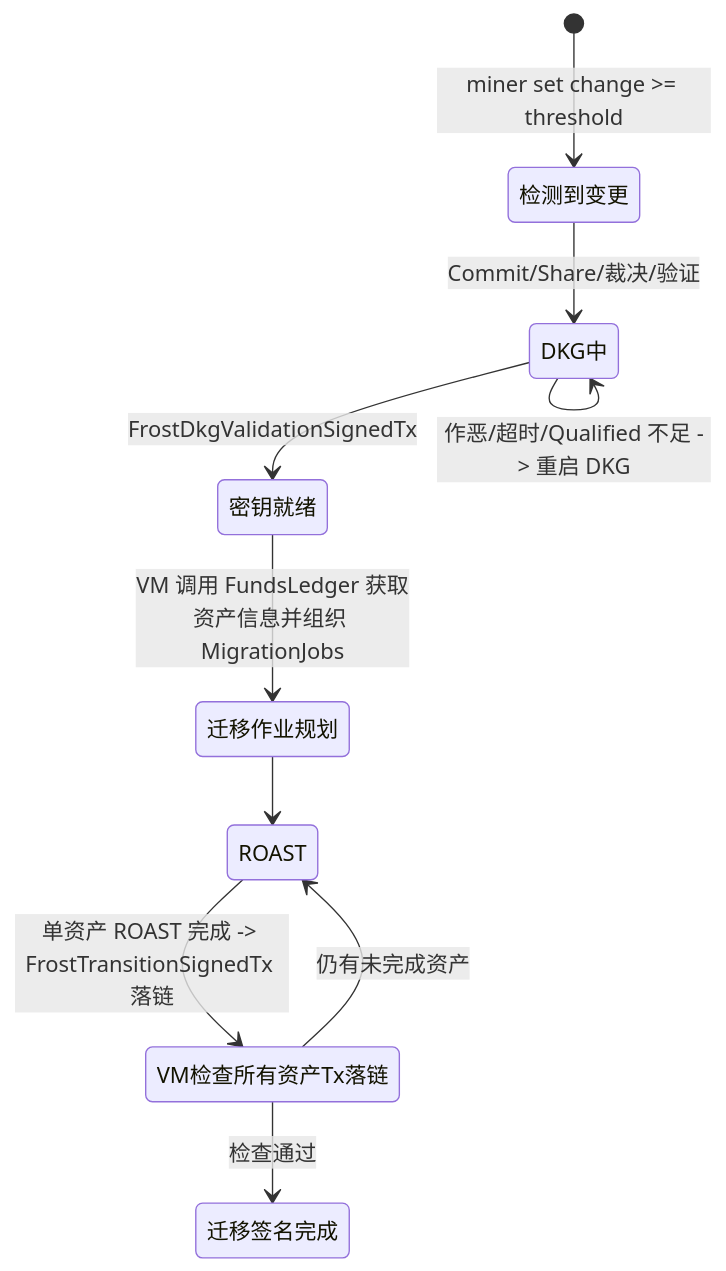
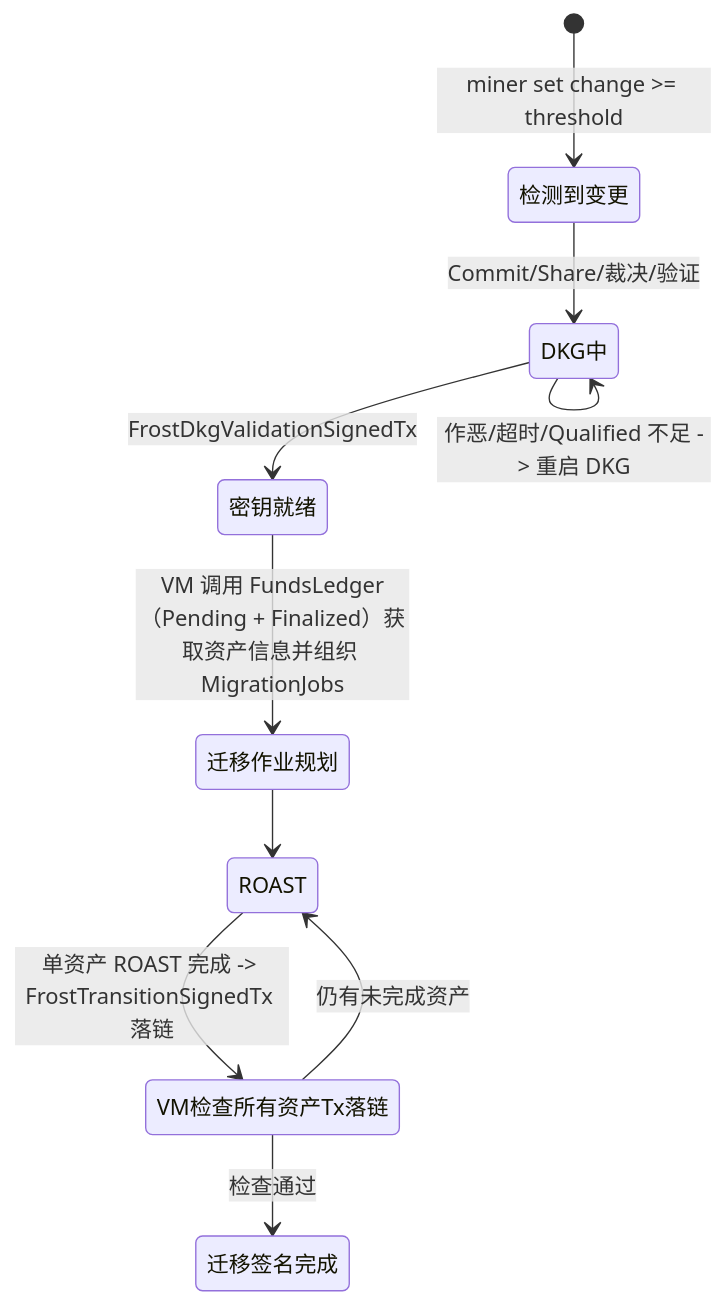
The sixth of 8 diagrams in frost/design_v2_job.md (davidLeeeeeeeeeeee/dex), drawn with Mermaid before and after one commit. The commit also changed other lines of this file and 6 other files, not shown here.

````diff
--- a/frost/design_v2_job.md
+++ b/frost/design_v2_job.md
@@ -738,12 +753,12 @@
 ```mermaid
 stateDiagram-v2
   [*] --> 检测到变更: miner set change >= threshold
   检测到变更 --> DKG中: Commit/Share/裁决/验证
   DKG中 --> DKG中: 作恶/超时/Qualified 不足 -> 重启 DKG
   DKG中 --> 密钥就绪: FrostDkgValidationSignedTx
-  密钥就绪 --> 迁移作业规划: VM 调用 FundsLedger 获取资产信息并组织 MigrationJobs
+  密钥就绪 --> 迁移作业规划: VM 调用 FundsLedger（Pending + Finalized）获取资产信息并组织 MigrationJobs
   迁移作业规划 --> ROAST 
   ROAST  --> VM检查所有资产Tx落链: 单资产 ROAST 完成 -> FrostTransitionSignedTx 落链
   VM检查所有资产Tx落链 --> ROAST: 仍有未完成资产 
   VM检查所有资产Tx落链 --> 迁移签名完成:  检查通过
 ```
````
